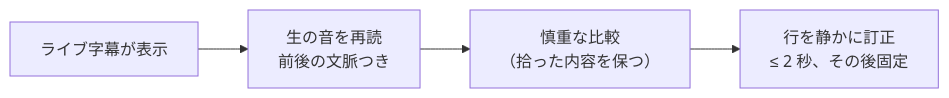
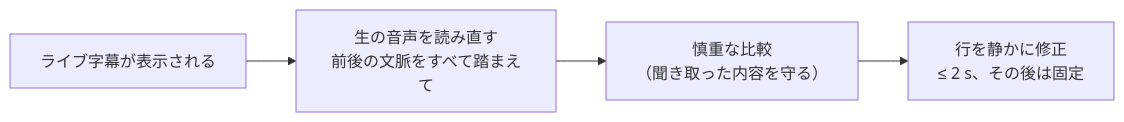
One commit to rpalm01-star/VigilantEarLegal changed the third of 4 diagrams in README_ja.md. Above: the diagram before and after it, drawn with Mermaid. The commit also changed other lines of this file and 29 other files, not shown here.

````diff
--- a/README_ja.md
+++ b/README_ja.md
@@ -149,4 +157,4 @@
 ```mermaid
 graph LR
-    L["ライブ字幕が表示"] --> K["生の音を再読<br/>前後の文脈つき"] --> V["慎重な比較<br/>（拾った内容を保つ）"] --> W["行を静かに訂正<br/>≤ 2 秒、その後固定"]
+    L["ライブ字幕が表示される"] --> K["生の音声を読み直す<br/>前後の文脈をすべて踏まえて"] --> V["慎重な比較<br/>（聞き取った内容を守る）"] --> W["行を静かに修正<br/>≤ 2 s、その後は固定"]
 ```
````
